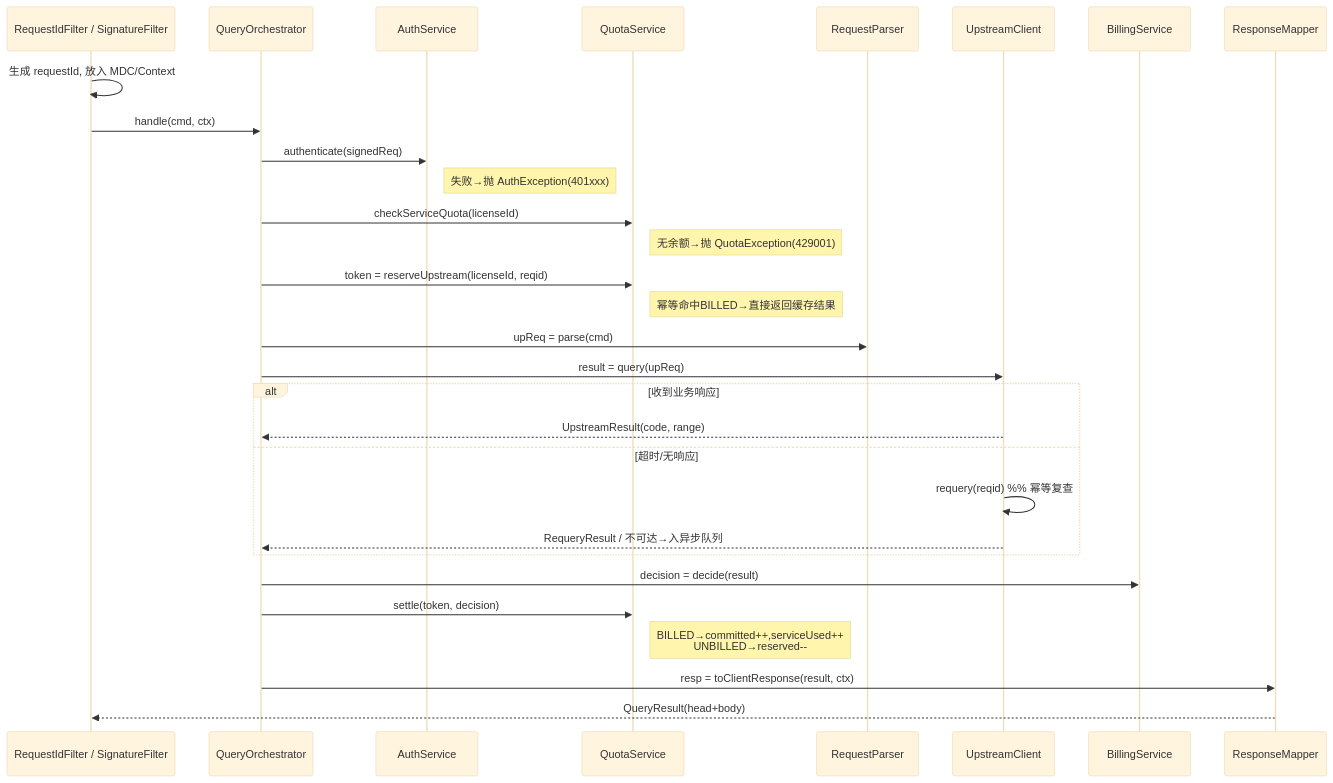
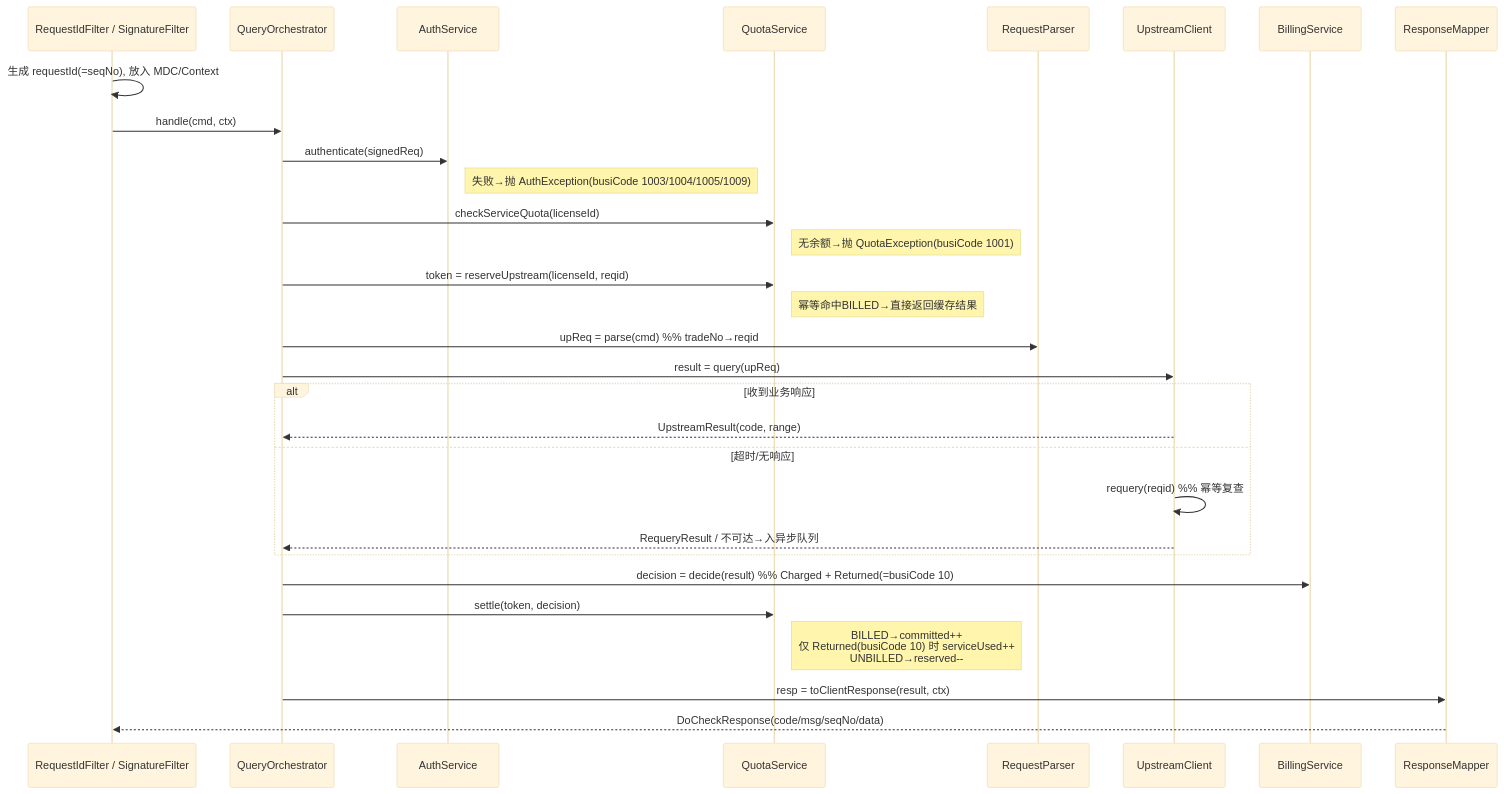
One commit to YunChen1227/DataHub changed the third of 8 diagrams in docs/ARCHITECTURE.md. Above: the diagram before and after it, drawn with Mermaid (base theme). The commit also changed other lines of this file and 51 other files, not shown here.

````diff
--- a/docs/ARCHITECTURE.md
+++ b/docs/ARCHITECTURE.md
@@ -184,33 +184,33 @@
 ```mermaid
 sequenceDiagram
     participant F as RequestIdFilter / SignatureFilter
     participant O as QueryOrchestrator
     participant A as AuthService
     participant Q as QuotaService
     participant P as RequestParser
     participant U as UpstreamClient
     participant B as BillingService
     participant M as ResponseMapper
 
-    F->>F: 生成 requestId, 放入 MDC/Context
+    F->>F: 生成 requestId(=seqNo), 放入 MDC/Context
     F->>O: handle(cmd, ctx)
     O->>A: authenticate(signedReq)
-    Note right of A: 失败→抛 AuthException(401xxx)
+    Note right of A: 失败→抛 AuthException(busiCode 1003/1004/1005/1009)
     O->>Q: checkServiceQuota(licenseId)
-    Note right of Q: 无余额→抛 QuotaException(429001)
+    Note right of Q: 无余额→抛 QuotaException(busiCode 1001)
     O->>Q: token = reserveUpstream(licenseId, reqid)
     Note right of Q: 幂等命中BILLED→直接返回缓存结果
-    O->>P: upReq = parse(cmd)
+    O->>P: upReq = parse(cmd)  %% tradeNo→reqid
     O->>U: result = query(upReq)
     alt 收到业务响应
         U-->>O: UpstreamResult(code, range)
     else 超时/无响应
         U->>U: requery(reqid)  %% 幂等复查
         U-->>O: RequeryResult / 不可达→入异步队列
     end
-    O->>B: decision = decide(result)
+    O->>B: decision = decide(result)  %% Charged + Returned(=busiCode 10)
     O->>Q: settle(token, decision)
-    Note right of Q: BILLED→committed++,serviceUsed++<br/>UNBILLED→reserved--
+    Note right of Q: BILLED→committed++<br/>仅 Returned(busiCode 10) 时 serviceUsed++<br/>UNBILLED→reserved--
     O->>M: resp = toClientResponse(result, ctx)
-    M-->>F: QueryResult(head+body)
+    M-->>F: DoCheckResponse(code/msg/seqNo/data)
 ```
````
